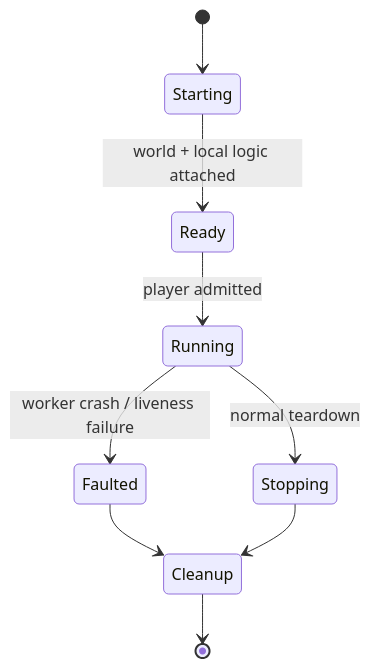
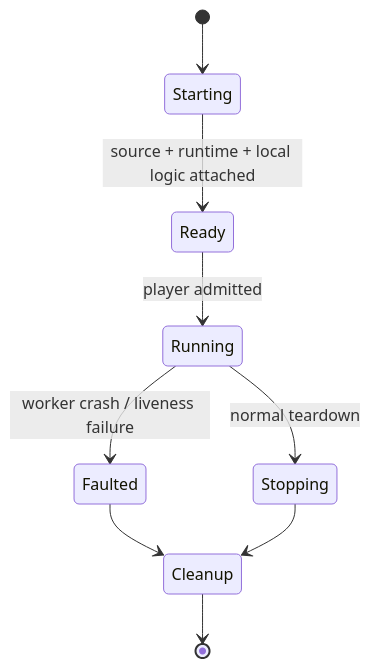
Before and after one commit to VegaKernel/TerraRuntime: the fifth of 5 diagrams in docs/en/sandbox/level-2.md, drawn with Mermaid. The commit also changed other lines of this file and 7 other files, not shown here.

First line of the commit message:
Define shared sandbox world sources and schematic format

````diff
--- a/docs/en/sandbox/level-2.md
+++ b/docs/en/sandbox/level-2.md
@@ -76,11 +106,11 @@
 ```mermaid
 stateDiagram-v2
     [*] --> Starting
-    Starting --> Ready: world + local logic attached
+    Starting --> Ready: source + runtime + local logic attached
     Ready --> Running: player admitted
     Running --> Stopping: normal teardown
     Running --> Faulted: worker crash / liveness failure
     Faulted --> Cleanup
     Stopping --> Cleanup
     Cleanup --> [*]
 ```
````
